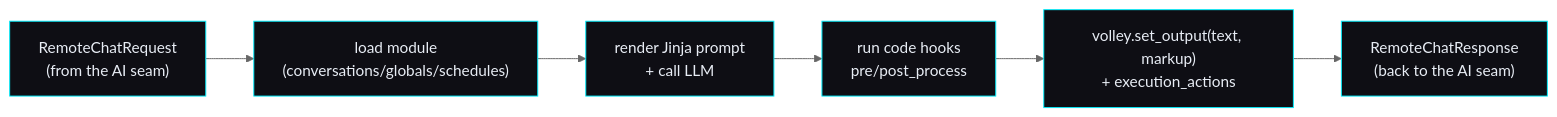
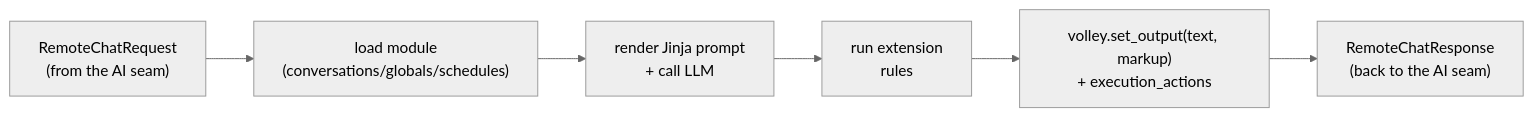
Before and after one commit to mvalancy/moxie-robot-saver: the diagram in docs/architecture/content-module-contract.md, drawn with Mermaid (neutral theme). The commit also changed other lines of this file and 454 other files, not shown here.

````diff
--- a/docs/architecture/content-module-contract.md
+++ b/docs/architecture/content-module-contract.md
@@ -18,10 +17,8 @@
 ```mermaid
 flowchart LR
   req["RemoteChatRequest<br/>(from the AI seam)"] --> load["load module<br/>(conversations/globals/schedules)"]
   load --> render["render Jinja prompt<br/>+ call LLM"]
-  render --> hooks["run code hooks<br/>pre/post_process"]
+  render --> hooks["run extension<br/>rules"]
   hooks --> out["volley.set_output(text, markup)<br/>+ execution_actions"]
   out --> resp["RemoteChatResponse<br/>(back to the AI seam)"]
-  classDef s fill:#0e0e14,stroke:#00f0ff,color:#e8edf5;
-  class req,load,render,hooks,out,resp s;
 ```
````
